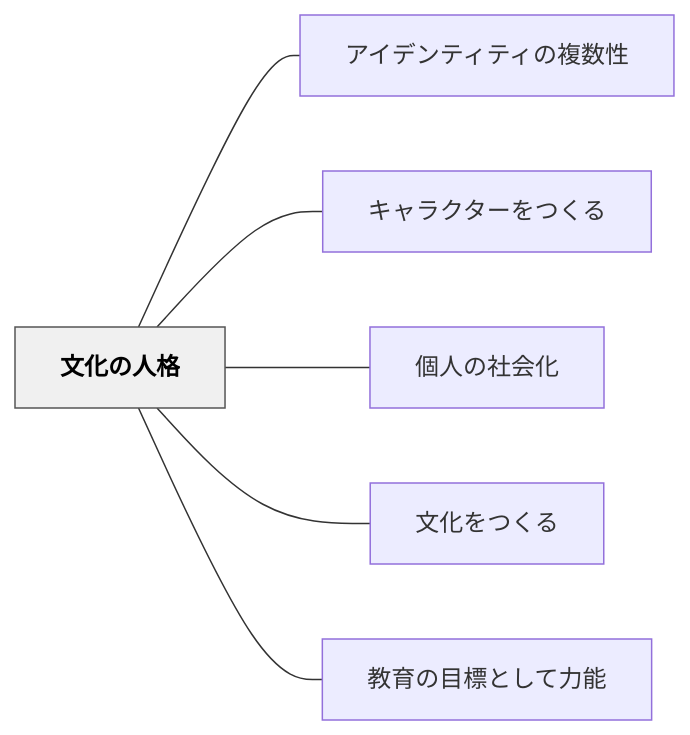
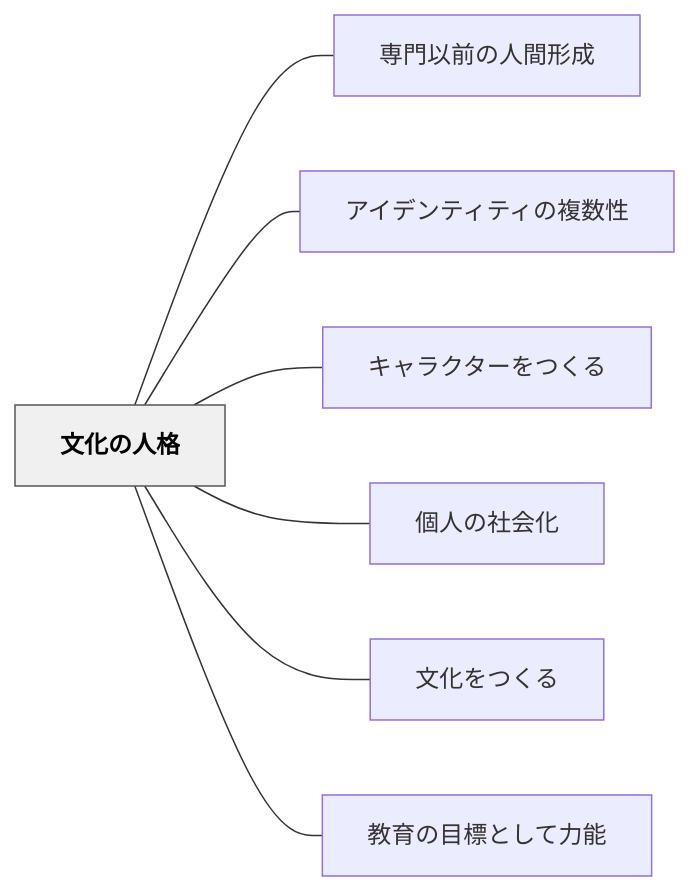
Before and after one commit to unknownthings-ed-patterns/unknownthings-ed-patterns: the diagram in content/パタン/文化の人格.md, drawn with Mermaid. The commit also changed other lines of this file and 185 other files, not shown here.

````diff
--- a/content/パタン/文化の人格.md
+++ b/content/パタン/文化の人格.md
@@ -177,18 +178,20 @@
 ```mermaid
 flowchart LR
     ne69687e58c96e381aee4babae6a0bc["文化の人格"]
+    ne5b082e99680e4bba5e5898de381aee4babae99693e5bda2e68890["専門以前の人間形成"]
     ne382a2e382a4e38387e383b3e38386e382a3e38386e382a3e381aee8a487e695b0e680a7["アイデンティティの複数性"]
     ne382ade383a3e383a9e382afe382bfe383bce38292e381a4e3818fe3828b["キャラクターをつくる"]
     ne5808be4babae381aee7a4bee4bc9ae58c96["個人の社会化"]
     ne69687e58c96e38292e381a4e3818fe3828b["文化をつくる"]
     ne69599e882b2e381aee79baee6a899e381a8e38197e381a6e58a9be883bd["教育の目標として力能"]
 
+    ne69687e58c96e381aee4babae6a0bc --- ne5b082e99680e4bba5e5898de381aee4babae99693e5bda2e68890
     ne69687e58c96e381aee4babae6a0bc --- ne382a2e382a4e38387e383b3e38386e382a3e38386e382a3e381aee8a487e695b0e680a7
     ne69687e58c96e381aee4babae6a0bc --- ne382ade383a3e383a9e382afe382bfe383bce38292e381a4e3818fe3828b
     ne69687e58c96e381aee4babae6a0bc --- ne5808be4babae381aee7a4bee4bc9ae58c96
     ne69687e58c96e381aee4babae6a0bc --- ne69687e58c96e38292e381a4e3818fe3828b
     ne69687e58c96e381aee4babae6a0bc --- ne69599e882b2e381aee79baee6a899e381a8e38197e381a6e58a9be883bd
 
     classDef hub fill:#f0f0f0,stroke:#555,color:#000,font-weight:bold
     class ne69687e58c96e381aee4babae6a0bc hub
 ```
````
